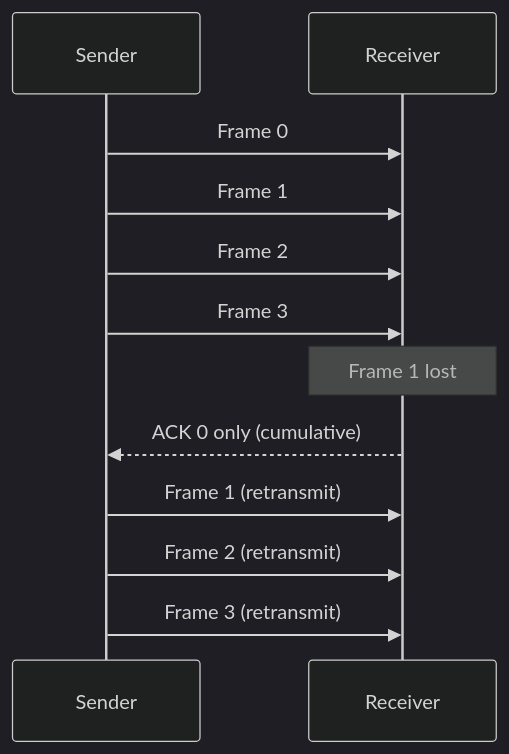
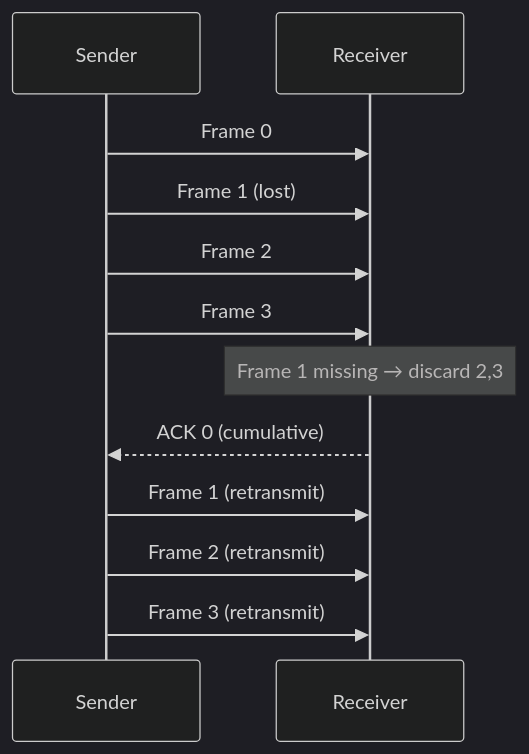
The sixth of 10 diagrams in Computer Network/Ch 04 - Data Link Layer.md (manishkumar8312/CS-Fundamentals), drawn with Mermaid (dark theme) before and after one commit. The commit also changed other lines of this file, not shown here.

````diff
--- a/Computer Network/Ch 04 - Data Link Layer.md
+++ b/Computer Network/Ch 04 - Data Link Layer.md
@@ -126,14 +151,14 @@
 ```mermaid
 sequenceDiagram
     participant Sender
     participant Receiver
     Sender->>Receiver: Frame 0
-    Sender->>Receiver: Frame 1
+    Sender->>Receiver: Frame 1 (lost)
     Sender->>Receiver: Frame 2
     Sender->>Receiver: Frame 3
-    Note over Receiver: Frame 1 lost
-    Receiver-->>Sender: ACK 0 only (cumulative)
+    Note over Receiver: Frame 1 missing → discard 2,3
+    Receiver-->>Sender: ACK 0 (cumulative)
     Sender->>Receiver: Frame 1 (retransmit)
     Sender->>Receiver: Frame 2 (retransmit)
     Sender->>Receiver: Frame 3 (retransmit)
 ```
````
